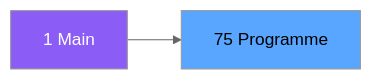
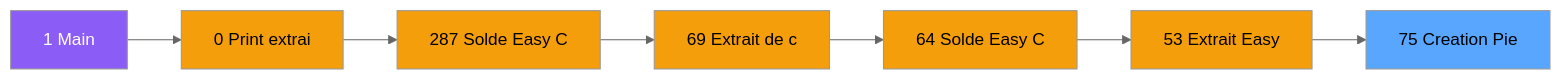
One commit to thonyAGP/magic-migration changed the second of 3 diagrams in .openspec/specs/ADH-IDE-75.md. Above: the diagram before and after it, drawn with Mermaid (neutral theme). The commit also changed other lines of this file and 323 other files, not shown here.

````diff
--- a/.openspec/specs/ADH-IDE-75.md
+++ b/.openspec/specs/ADH-IDE-75.md
@@ -98,8 +116,23 @@
 ```mermaid
 graph LR
     M[1 Main]
-    T[75 Programme]
-    M --> T
+    N0[0 Print extrai]
+    N287[287 Solde Easy C]
+    N69[69 Extrait de c]
+    N64[64 Solde Easy C]
+    N53[53 Extrait Easy]
+    T[75 Creation Pie]
+    M --> N0
+    N0 --> N287
+    N287 --> N69
+    N69 --> N64
+    N64 --> N53
+    N53 --> T
     style M fill:#8b5cf6,color:#fff
+    style N0 fill:#f59e0b
+    style N287 fill:#f59e0b
+    style N69 fill:#f59e0b
+    style N64 fill:#f59e0b
+    style N53 fill:#f59e0b
     style T fill:#58a6ff,color:#000
 ```
````
